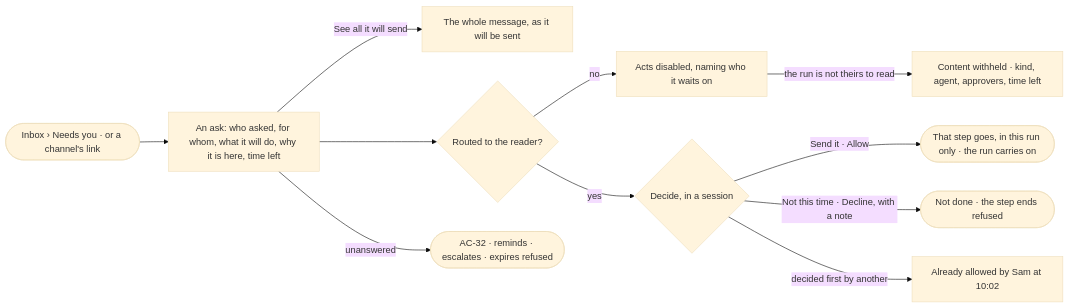
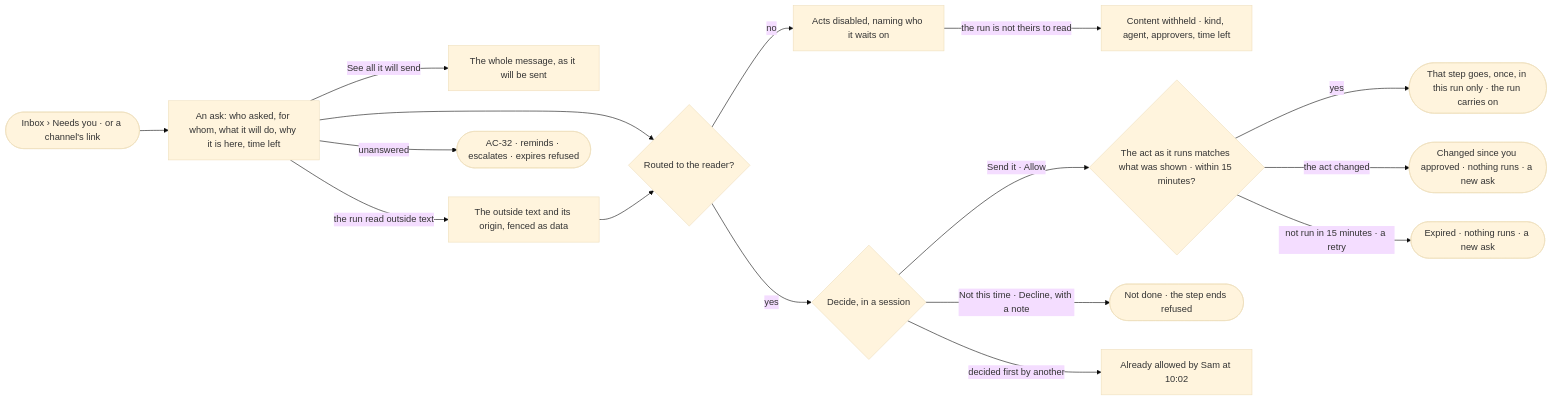
Before and after one commit to invana/invana: the diagram in specs/os/access/features/AC-F05-asks-and-approvals/stories/AC-15-decide-what-an-agent-asks-before-it-acts/story.md, drawn with Mermaid (base theme). The commit also changed other lines of this file and 13 other files, not shown here.

````diff
--- a/specs/os/access/features/AC-F05-asks-and-approvals/stories/AC-15-decide-what-an-agent-asks-before-it-acts/story.md
+++ b/specs/os/access/features/AC-F05-asks-and-approvals/stories/AC-15-decide-what-an-agent-asks-before-it-acts/story.md
@@ -28,13 +28,18 @@
 ```mermaid
 flowchart LR
   s([Inbox › Needs you · or a channel's link]) --> a["An ask: who asked, for whom, what it will do, why it is here, time left"]
   a -->|See all it will send| full["The whole message, as it will be sent"]
   a --> w{"Routed to the reader?"}
   w -->|no| ro["Acts disabled, naming who it waits on"]
   ro -->|the run is not theirs to read| wh["Content withheld · kind, agent, approvers, time left"]
   w -->|yes| d{"Decide, in a session"}
-  d -->|Send it · Allow| go(["That step goes, in this run only · the run carries on"])
+  a -->|the run read outside text| ot["The outside text and its origin, fenced as data"]
+  ot --> w
+  d -->|Send it · Allow| hs{"The act as it runs matches what was shown · within 15 minutes?"}
+  hs -->|yes| go(["That step goes, once, in this run only · the run carries on"])
+  hs -->|the act changed| chg(["Changed since you approved · nothing runs · a new ask"])
+  hs -->|not run in 15 minutes · a retry| lap(["Expired · nothing runs · a new ask"])
   d -->|Not this time · Decline, with a note| no(["Not done · the step ends refused"])
   d -->|decided first by another| f["Already allowed by Sam at 10:02"]
   a -->|unanswered| ex(["AC-32 · reminds · escalates · expires refused"])
 ```
````
